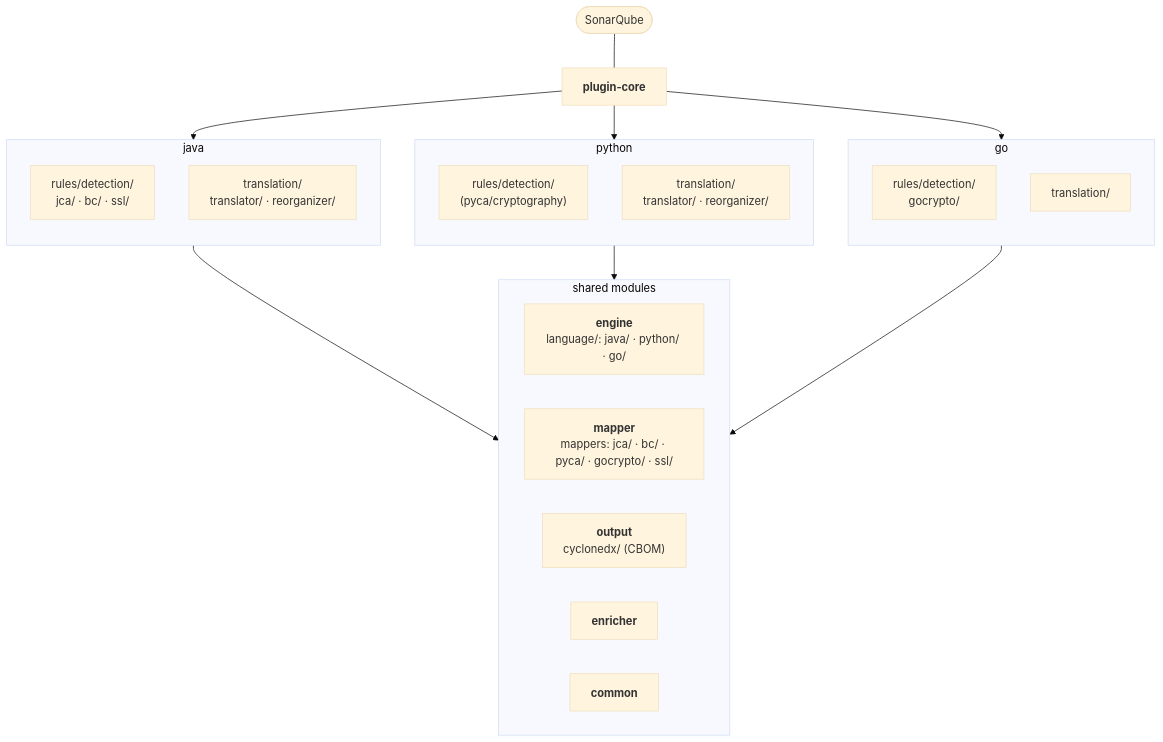
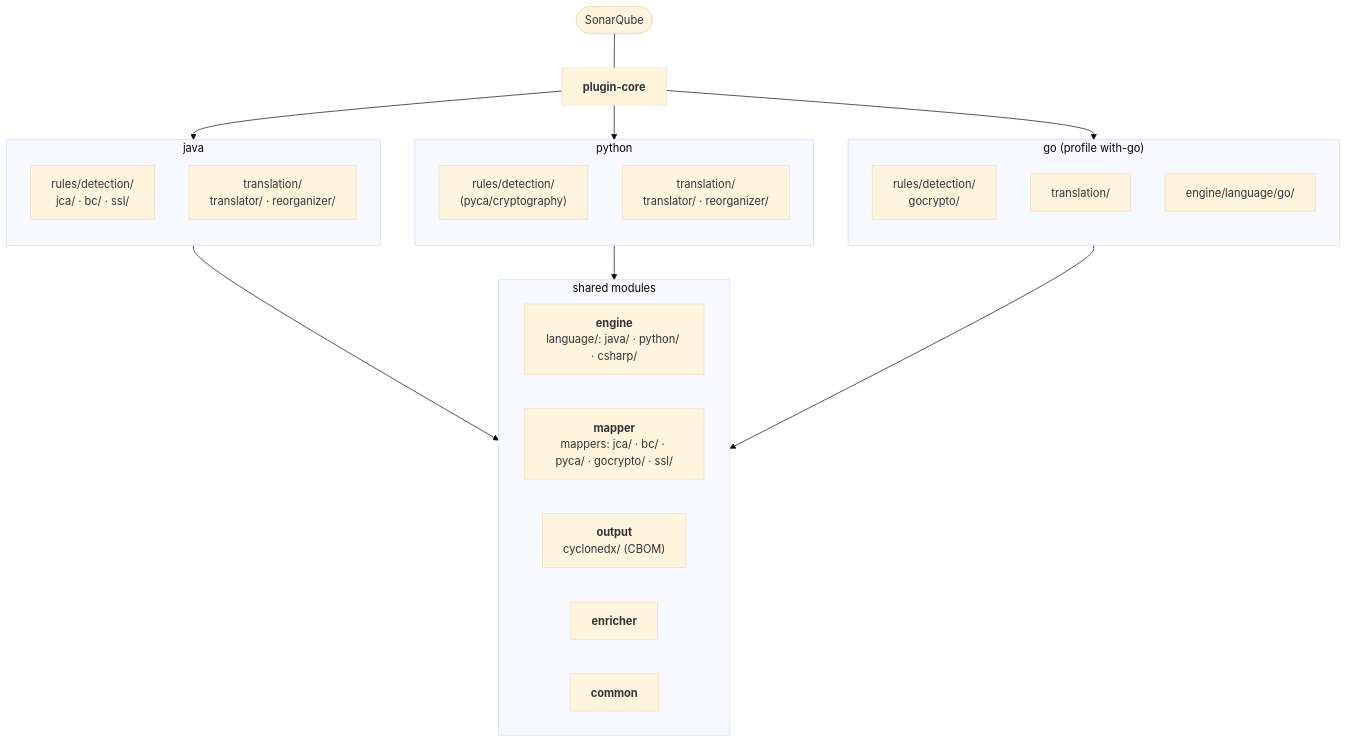
One commit to cbomkit/sonar-cryptography changed the diagram in docs/LANGUAGE_SUPPORT.md. Above: the diagram before and after it, drawn with Mermaid (base theme). The commit also changed other lines of this file and 5 other files, not shown here.

````diff
--- a/docs/LANGUAGE_SUPPORT.md
+++ b/docs/LANGUAGE_SUPPORT.md
@@ -22,40 +25,41 @@
 ```mermaid
 flowchart TB
     SQ(["SonarQube"])
     PLUGIN["<b>plugin-core</b>"]
 
     subgraph JAVA["java"]
         direction TB
         JRULES["rules/detection/<br/>jca/ · bc/ · ssl/"]
         JTRANS["translation/<br/>translator/ · reorganizer/"]
     end
 
     subgraph PYTHON["python"]
         direction TB
         PRULES["rules/detection/<br/>(pyca/cryptography)"]
         PTRANS["translation/<br/>translator/ · reorganizer/"]
     end
 
-    subgraph GO["go"]
+    subgraph GO["go (profile with-go)"]
         direction TB
         GRULES["rules/detection/<br/>gocrypto/"]
         GTRANS["translation/"]
+        GENGINE["engine/language/go/"]
     end
 
     subgraph SHARED["shared modules"]
         direction LR
-        ENGINE["<b>engine</b><br/>language/: java/ · python/ · go/"]
+        ENGINE["<b>engine</b><br/>language/: java/ · python/ · csharp/"]
         MAPPER["<b>mapper</b><br/>mappers: jca/ · bc/ · pyca/ · gocrypto/ · ssl/"]
         OUTPUT["<b>output</b><br/>cyclonedx/ (CBOM)"]
         ENRICHER["<b>enricher</b>"]
         COMMON["<b>common</b>"]
     end
 
     SQ --- PLUGIN
     PLUGIN --> JAVA
     PLUGIN --> PYTHON
     PLUGIN --> GO
     JAVA --> SHARED
     PYTHON --> SHARED
     GO --> SHARED
 ```
````
